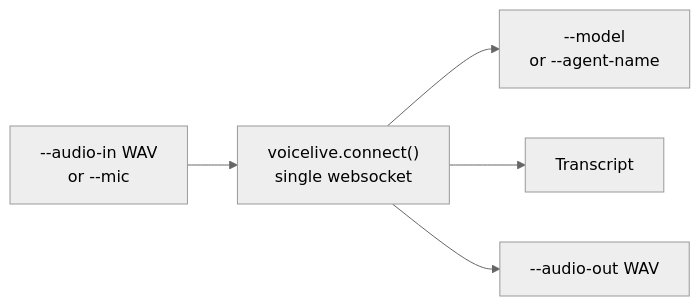
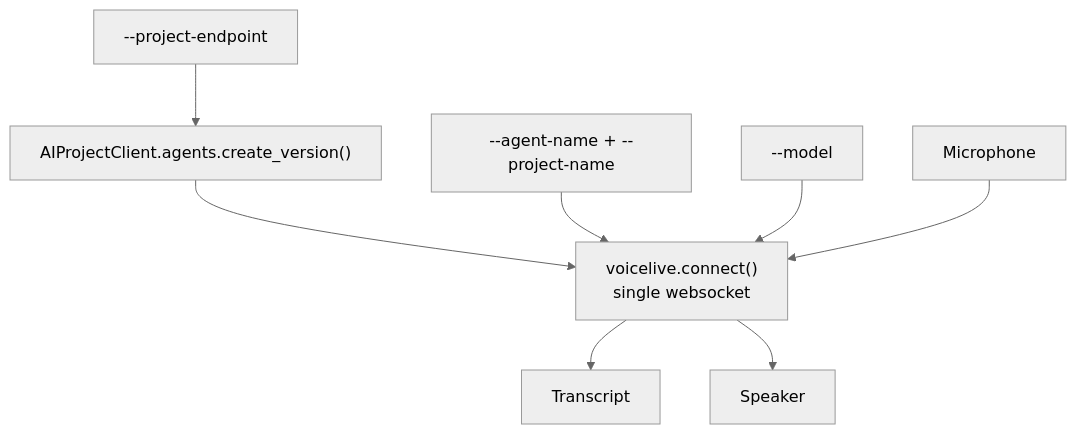
Before and after one commit to ivorycloud1013/lab-azure-hol-ai-services: diagram 12 of 12 in python/README.md, drawn with Mermaid. The commit also changed other lines of this file and 1 other file, not shown here.

First line of the commit message:
feat: voice 스크립트가 create_version() 으로 음성 전용 agent 를 만들어 대화하도록 한다

````diff
--- a/python/README.md
+++ b/python/README.md
@@ -519,7 +527,10 @@
 ```mermaid
 %%{init: {"theme": "neutral"}}%%
-flowchart LR
-    IN["--audio-in WAV </br> or --mic"] --> WS["voicelive.connect() </br> single websocket"] --> TARGET["--model </br> or --agent-name"]
+flowchart TB
+    NEW["--project-endpoint"] --> CREATE["AIProjectClient.agents.create_version()"] --> WS
+    OLD["--agent-name + --project-name"] --> WS
+    BARE["--model"] --> WS
+    MIC["Microphone"] --> WS["voicelive.connect() </br> single websocket"]
     WS --> TEXT["Transcript"]
-    WS --> WAV["--audio-out WAV"]
+    WS --> SPK["Speaker"]
 ```
````
